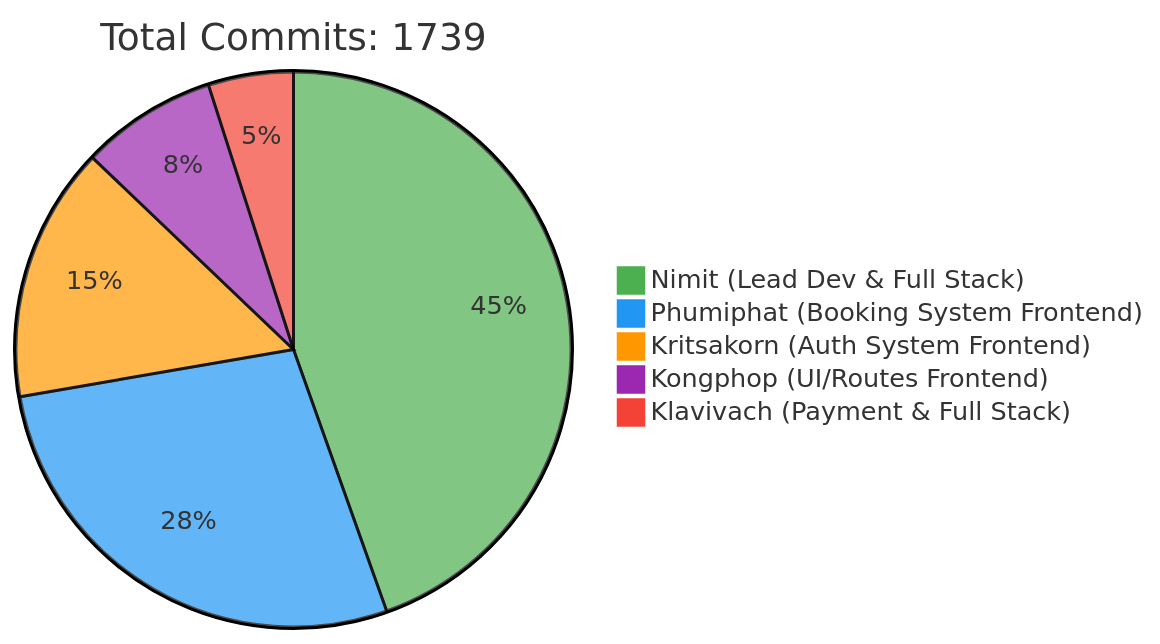
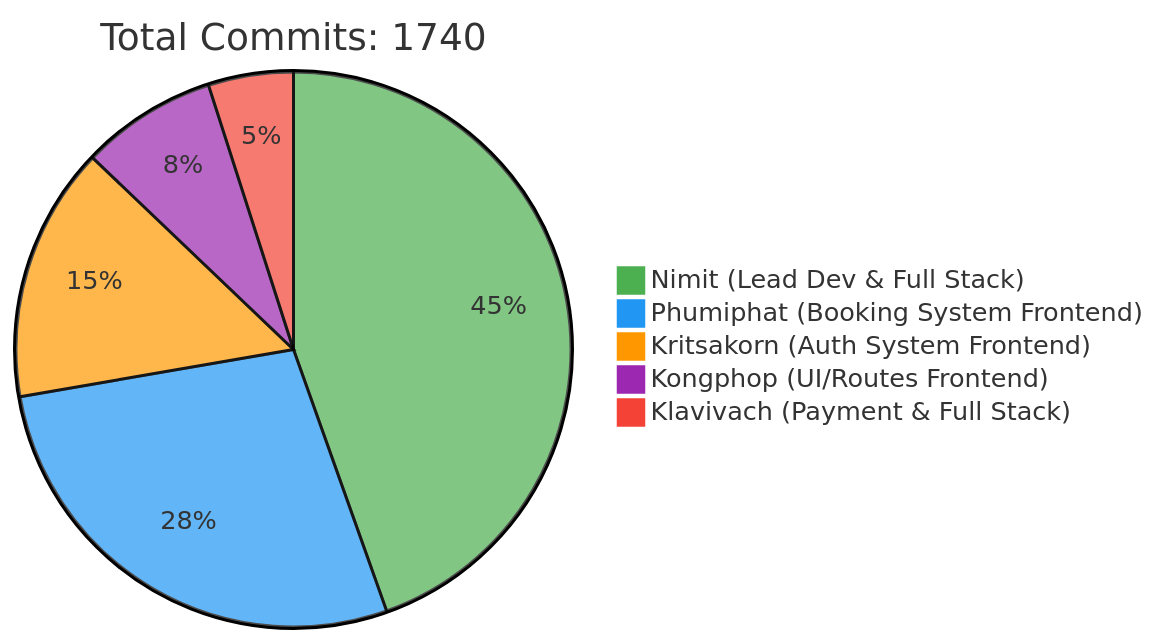
Before and after one commit to 6531503042/Sport-Complex: the first of 2 diagrams in README.md, drawn with Mermaid. The commit also changed other lines of this file, not shown here.

Commit message:
docs: Update contributor statistics [skip ci]

````diff
--- a/README.md
+++ b/README.md
@@ -257,10 +257,10 @@
 ```mermaid
 %%{init: {'theme': 'base', 'themeVariables': { 'pie1': '#4CAF50', 'pie2': '#2196F3', 'pie3': '#FF9800', 'pie4': '#9C27B0', 'pie5': '#F44336'}}}%%
 pie
-    title Total Commits: 1739
+    title Total Commits: 1740
     "Nimit (Lead Dev & Full Stack)" : 450
     "Phumiphat (Booking System Frontend)" : 280
     "Kritsakorn (Auth System Frontend)" : 150
     "Kongphop (UI/Routes Frontend)" : 80
     "Klavivach (Payment & Full Stack)" : 50
 ```
````
